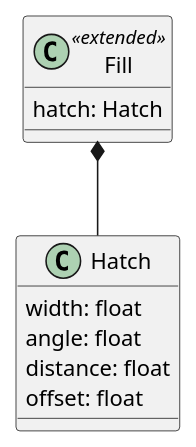
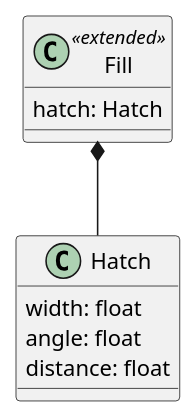
Before and after one commit to opengeospatial/styles-and-symbology: the first of 2 diagrams in 1-core/sections/clause_12_advanced_fills.adoc, drawn with PlantUML. The commit also changed other lines of this file, not shown here.

```diff
--- a/1-core/sections/clause_12_advanced_fills.adoc
+++ b/1-core/sections/clause_12_advanced_fills.adoc
@@ -9,11 +9,10 @@
 [plantuml, target=diagram-classes, format=png]
 ....
 class Fill <<extended>>
 Fill : hatch: Hatch
 Fill *-- Hatch
 
 Hatch : width: float
 Hatch : angle: float
 Hatch : distance: float
-Hatch : offset: float
 ....
```
